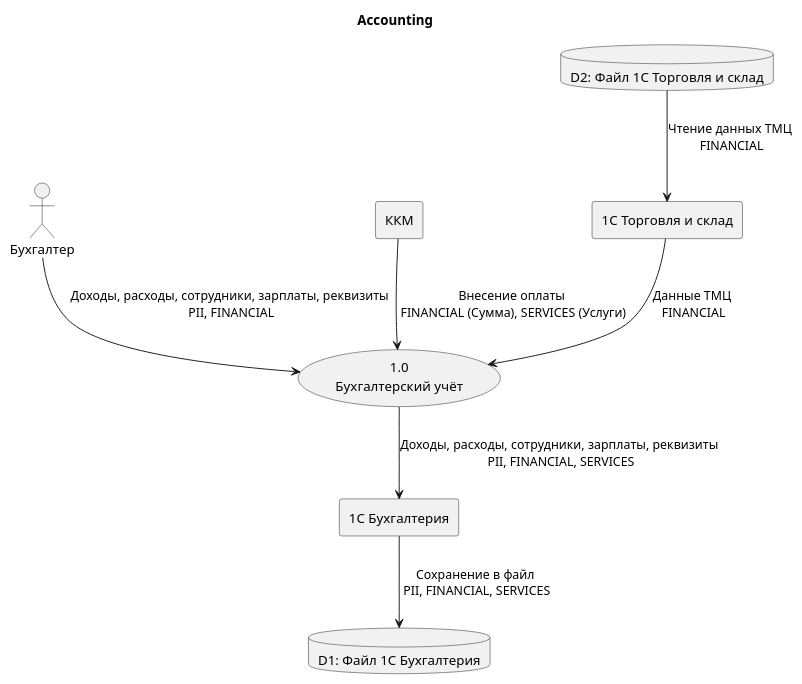
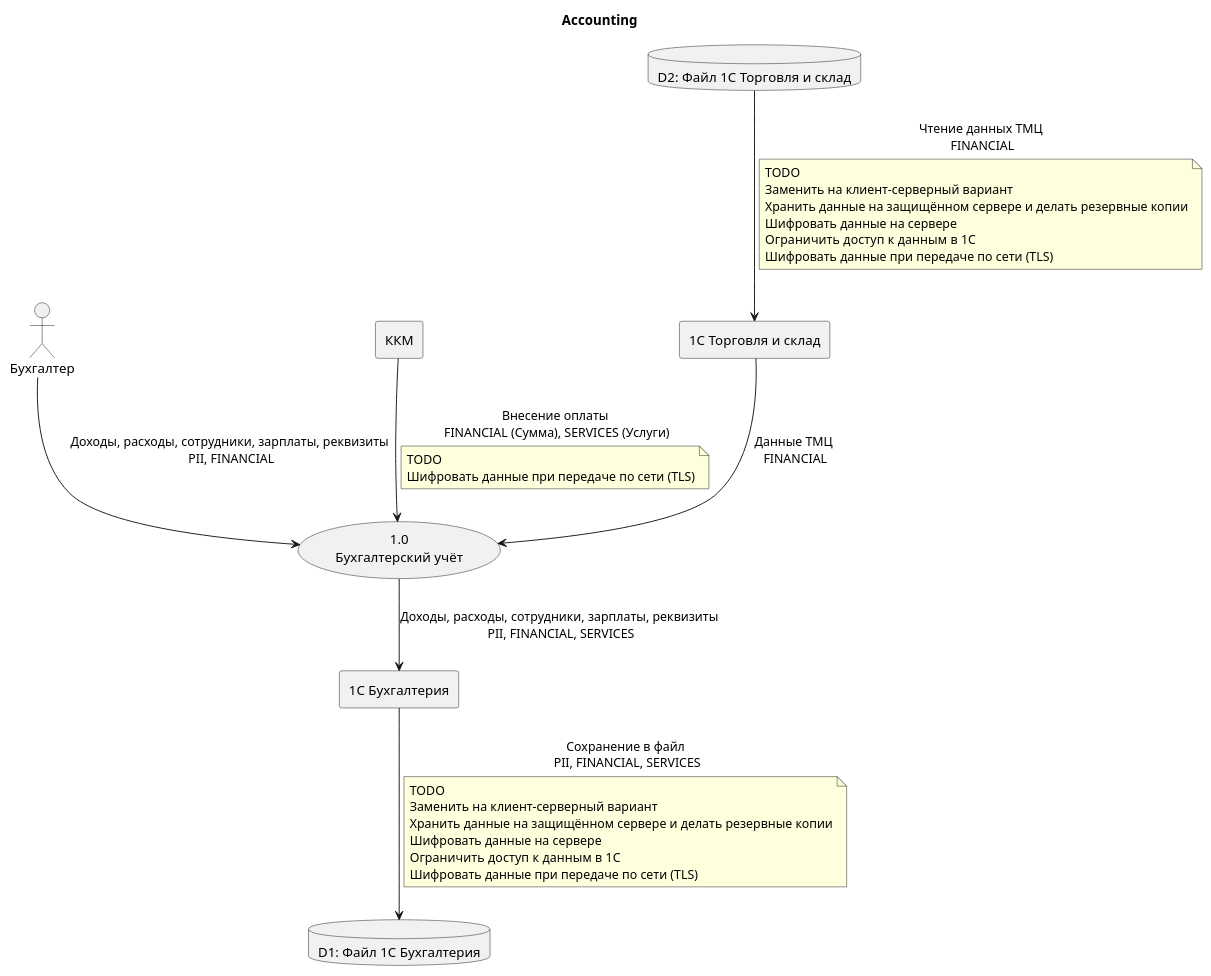
One commit to oleg088097/architecture-medikamente changed the diagram in task1/diagrams/accounting.puml. Above: the diagram before and after it, drawn with PlantUML. The commit also changed 6 other files, not shown here.

```diff
--- a/task1/diagrams/accounting.puml
+++ b/task1/diagrams/accounting.puml
@@ -1,26 +1,46 @@
 @startuml
 title Accounting
 
 actor Бухгалтер
 
 (1.0\nБухгалтерский учёт) as AccountingProc
 
 rectangle ККМ
 rectangle "1С Бухгалтерия" as 1cF
 rectangle "1С Торговля и склад" as 1cW
 
 database "D1: Файл 1С Бухгалтерия" as 1cF_File
 database "D2: Файл 1С Торговля и склад" as 1cW_File
 
 
 Бухгалтер --> AccountingProc : Доходы, расходы, сотрудники, зарплаты, реквизиты\n PII, FINANCIAL
 
 ККМ --> AccountingProc : Внесение оплаты\n FINANCIAL (Сумма), SERVICES (Услуги)
+note on link
+ TODO
+ Шифровать данные при передаче по сети (TLS)
+end note
 
 AccountingProc --> 1cF : Доходы, расходы, сотрудники, зарплаты, реквизиты\n PII, FINANCIAL, SERVICES
 1cF --> 1cF_File : Сохранение в файл\n PII, FINANCIAL, SERVICES
+note on link
+ TODO
+ Заменить на клиент-серверный вариант
+ Хранить данные на защищённом сервере и делать резервные копии
+ Шифровать данные на сервере
+ Ограничить доступ к данным в  1С
+ Шифровать данные при передаче по сети (TLS)
+end note
 
 1cW_File --> 1cW : Чтение данных ТМЦ\n FINANCIAL
+note on link
+ TODO
+ Заменить на клиент-серверный вариант
+ Хранить данные на защищённом сервере и делать резервные копии
+ Шифровать данные на сервере
+ Ограничить доступ к данным в  1С
+ Шифровать данные при передаче по сети (TLS)
+end note
 1cW --> AccountingProc : Данные ТМЦ\n FINANCIAL
 
 @enduml
```
